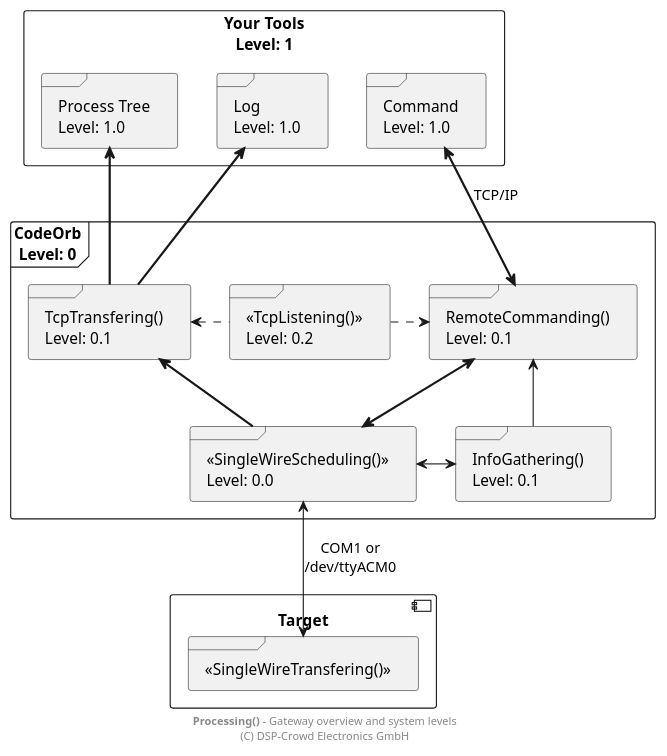
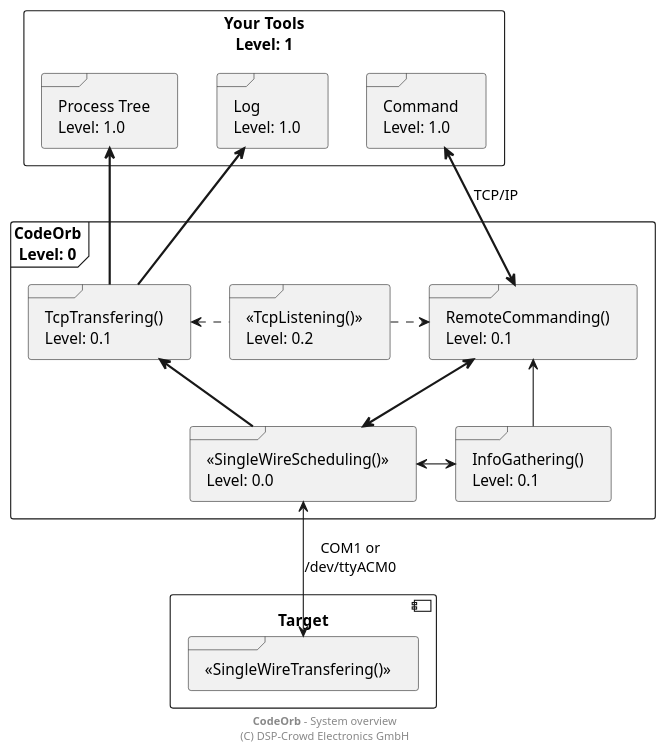
The diagram in doc/system/overview-gw_lvl.pu (NoOrientationProgramming/code-orb), drawn with PlantUML before and after one commit. The commit also changed 3 other files, not shown here.

```diff
--- a/doc/system/overview-gw_lvl.pu
+++ b/doc/system/overview-gw_lvl.pu
@@ -2,43 +2,43 @@
 @startuml
 
 ' skinparam linetype ortho
 
 rectangle "Your Tools\nLevel: 1" as gTools {
 
 	frame "Process Tree\nLevel: 1.0" as pTree
 	frame "Log\nLevel: 1.0" as pLog
 	frame "Command\nLevel: 1.0" as pCmd
 }
 
 frame "CodeOrb\nLevel: 0" as pGw {
 
 	frame "<<TcpListening()>>\nLevel: 0.2" as pList
 	frame "TcpTransfering()\nLevel: 0.1" as pTrans
 	frame "RemoteCommanding()\nLevel: 0.1" as pCmdRemote
 	frame "InfoGathering()\nLevel: 0.1" as pGather
 	frame "<<SingleWireScheduling()>>\nLevel: 0.0" as pSwc
 }
 
 component "Target" as pTarget {
 
 	frame "<<SingleWireTransfering()>>" as pSwt
 }
 
 pTree <-[thickness=2]- pTrans
 pLog <-[thickness=2]- pTrans
 pCmd <-[thickness=2]-> pCmdRemote : "TCP/IP"
 
 pList .l.> pTrans
 pList .r.> pCmdRemote
 
 pTrans <-[thickness=2]- pSwc
 pCmdRemote <-[thickness=2]-> pSwc
 
 pCmdRemote <-- pGather
 
 pSwc <--> pSwt : "COM1 or\n/dev/ttyACM0"
 pSwc <-> pGather
 
-footer **Processing()** - Gateway overview and system levels\n(C) DSP-Crowd Electronics GmbH
+footer **CodeOrb** - System overview\n(C) DSP-Crowd Electronics GmbH
 
 @enduml
```
